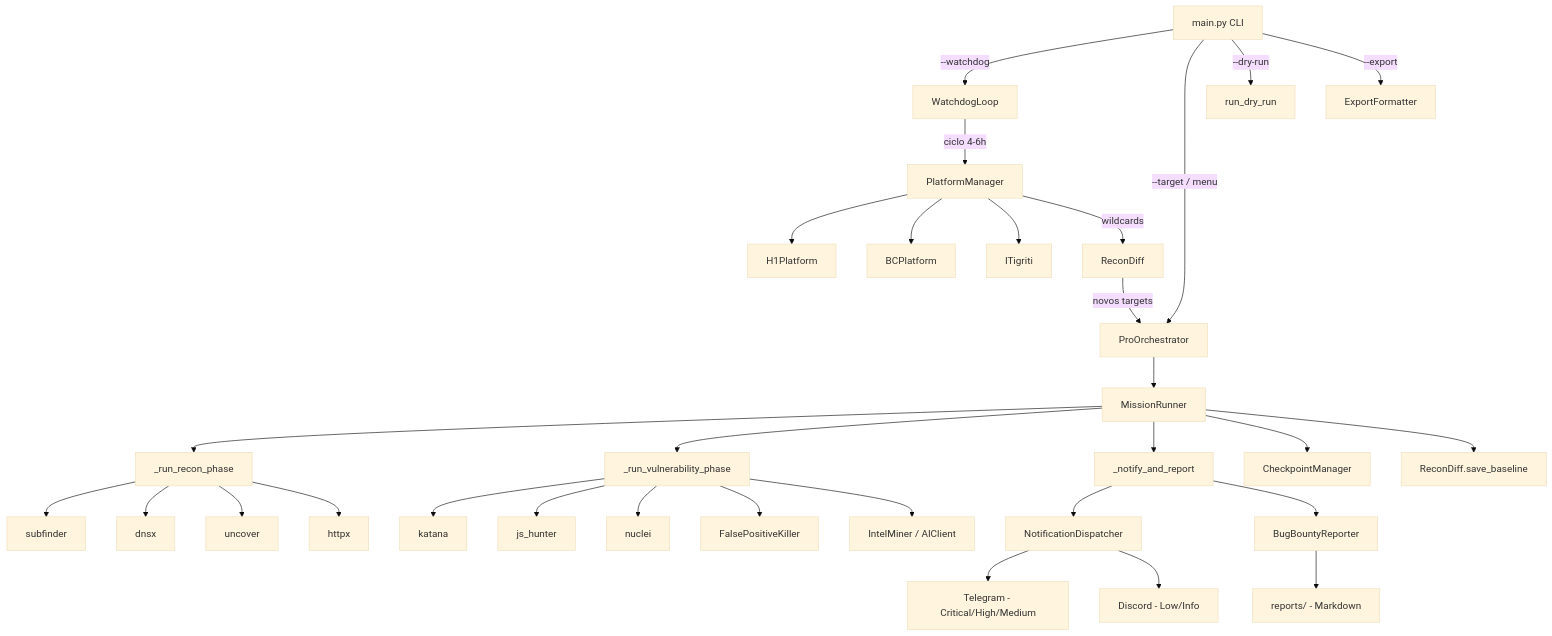
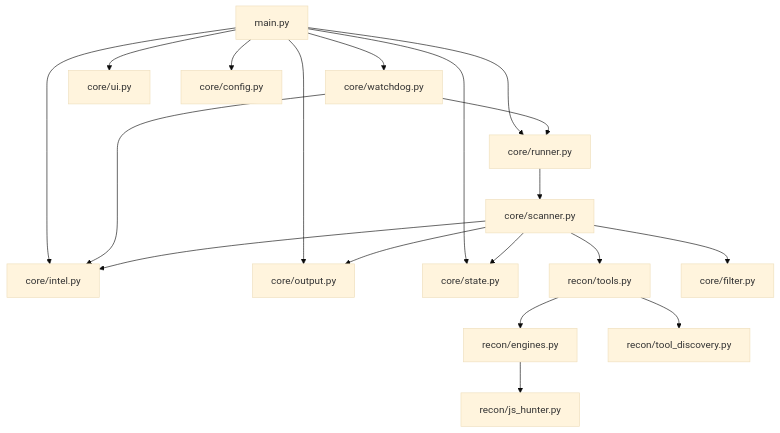
Before and after one commit to lfsp-git/bug-bounty: the diagram in docs/temp/architecture_diagram.md, drawn with Mermaid (base theme). The commit also changed other lines of this file and 11 other files, not shown here.

````diff
--- a/docs/temp/architecture_diagram.md
+++ b/docs/temp/architecture_diagram.md
@@ -3,41 +5,24 @@
 ```mermaid
 graph TD
-    CLI[main.py CLI] --> |--watchdog| WD[WatchdogLoop]
-    CLI --> |--target / menu| PO[ProOrchestrator]
-    CLI --> |--dry-run| DR[run_dry_run]
-    CLI --> |--export| EX[ExportFormatter]
+    CLI[main.py] --> RUN[core/runner.py]
+    CLI --> INTEL[core/intel.py]
+    CLI --> OUT[core/output.py]
+    CLI --> ST[core/state.py]
+    CLI --> WD[core/watchdog.py]
+    CLI --> UI[core/ui.py]
+    CLI --> CFG[core/config.py]
 
-    WD --> |ciclo 4-6h| PM[PlatformManager]
-    PM --> H1[H1Platform]
-    PM --> BC[BCPlatform]
-    PM --> IT[ITigriti]
+    RUN --> SCN[core/scanner.py]
+    WD --> RUN
+    WD --> INTEL
 
-    PM --> |wildcards| RD[ReconDiff]
-    RD --> |novos targets| PO
+    SCN --> TOOLS[recon/tools.py]
+    SCN --> FIL[core/filter.py]
+    SCN --> OUT
+    SCN --> ST
+    SCN --> INTEL
 
-    PO --> MR[MissionRunner]
-
-    MR --> RP[_run_recon_phase]
-    RP --> SF[subfinder]
-    RP --> DX[dnsx]
-    RP --> UC[uncover]
-    RP --> HX[httpx]
-
-    MR --> VP[_run_vulnerability_phase]
-    VP --> KT[katana]
-    VP --> JS[js_hunter]
-    VP --> NC[nuclei]
-    VP --> FP[FalsePositiveKiller]
-    VP --> AI[IntelMiner / AIClient]
-
-    MR --> NR[_notify_and_report]
-    NR --> ND[NotificationDispatcher]
-    NR --> BR[BugBountyReporter]
-
-    ND --> TG[Telegram - Critical/High/Medium]
-    ND --> DC[Discord - Low/Info]
-    BR --> RPT[reports/ - Markdown]
-
-    MR --> CS[CheckpointManager]
-    MR --> RD2[ReconDiff.save_baseline]
+    TOOLS --> ENG[recon/engines.py]
+    TOOLS --> TD[recon/tool_discovery.py]
+    ENG --> JSH[recon/js_hunter.py]
 ```
````
